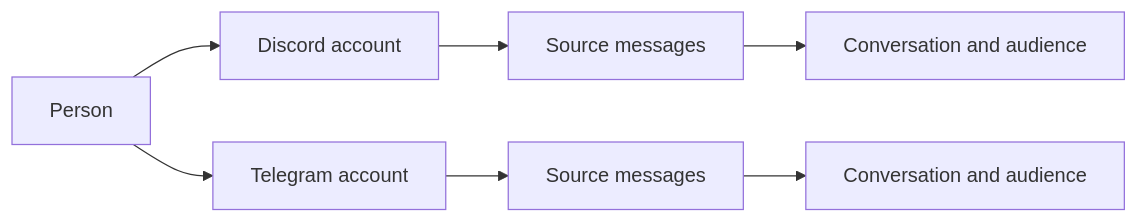
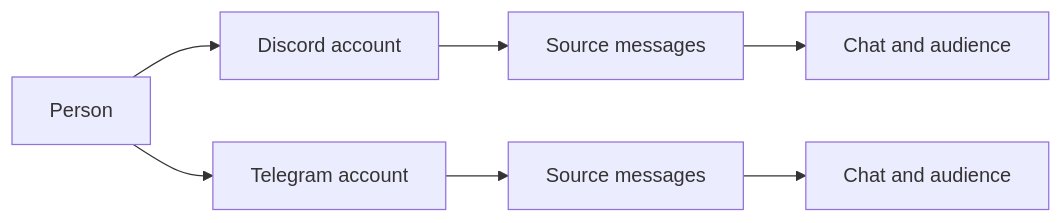
One commit to leinstay/neptunia changed the diagram in docs/memory.md. Above: the diagram before and after it, drawn with Mermaid. The commit also changed other lines of this file and 712 other files, not shown here.

First line of the commit message:
Rename guild, community, conversation and private to root, chat and dm

````diff
--- a/docs/memory.md
+++ b/docs/memory.md
@@ -9,9 +9,9 @@
 ```mermaid
 flowchart LR
     Person[Person] --> A[Discord account]
     Person --> B[Telegram account]
     A --> S[Source messages]
     B --> T[Source messages]
-    S --> Place[Conversation and audience]
-    T --> Other[Conversation and audience]
+    S --> Place[Chat and audience]
+    T --> Other[Chat and audience]
 ```
````
